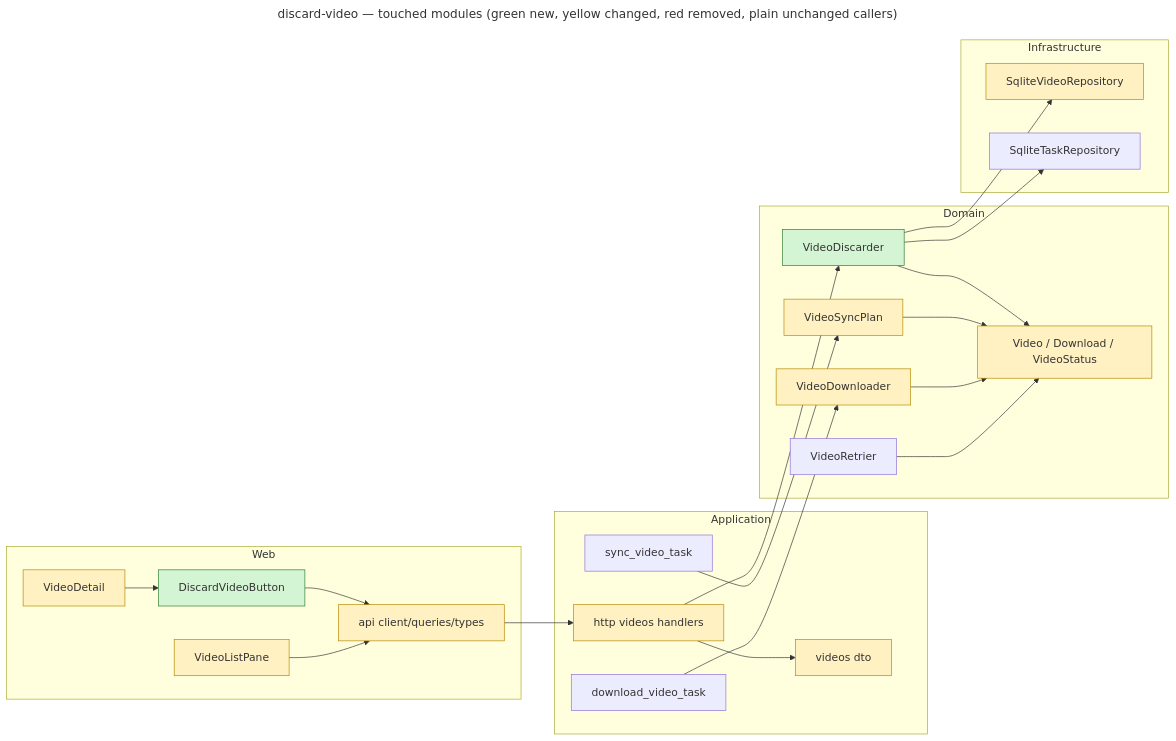
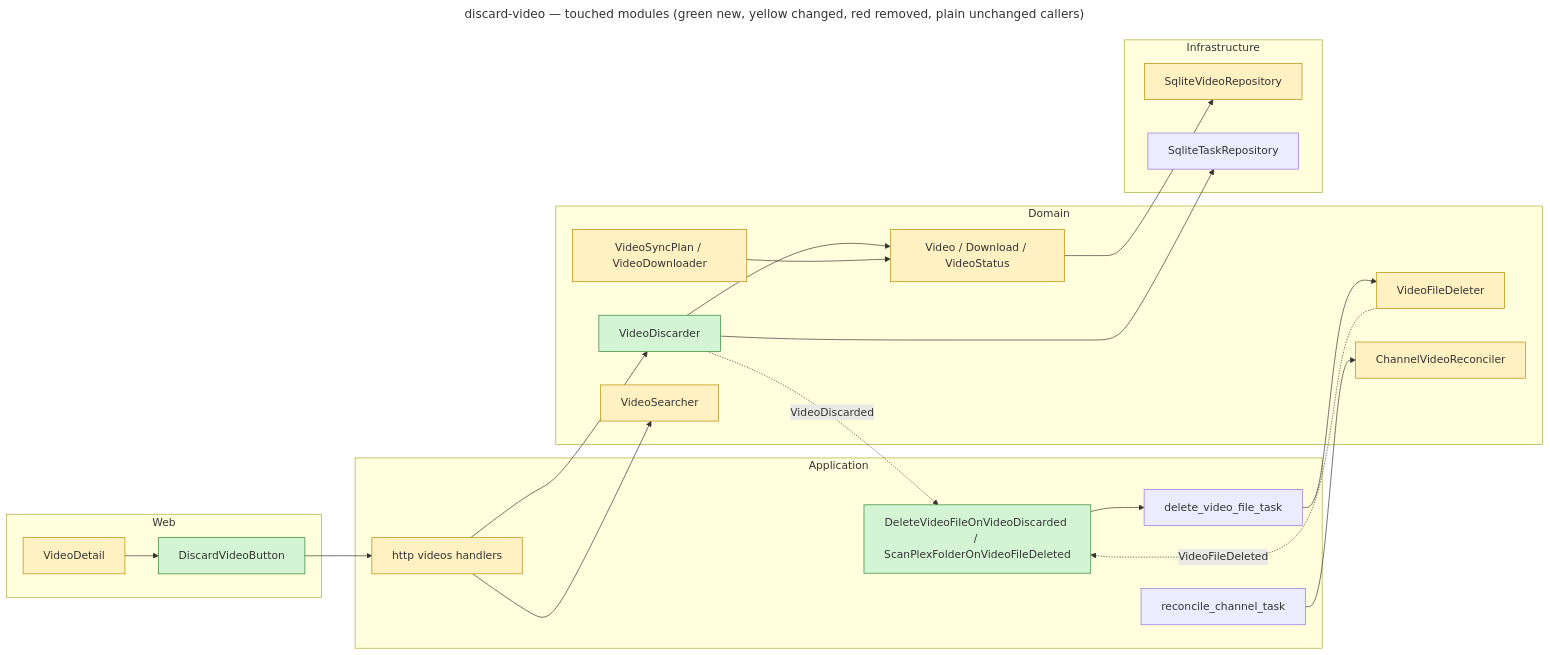
One commit to sergigp/yarrtube changed the diagram in openspec/changes/discard-video/proposal.md. Above: the diagram before and after it, drawn with Mermaid. The commit also changed other lines of this file and 7 other files, not shown here.

Commit message:
Revise discard-video: irreversible, downloaded videos, skipped videos outside channel limit

````diff
--- a/openspec/changes/discard-video/proposal.md
+++ b/openspec/changes/discard-video/proposal.md
@@ -34,41 +37,40 @@
 ```mermaid
 ---
 title: discard-video — touched modules (green new, yellow changed, red removed, plain unchanged callers)
 ---
 flowchart LR
   classDef new fill:#d4f5d4,stroke:#2e7d32
   classDef changed fill:#fff1c2,stroke:#b58900
   classDef removed fill:#f8d4d4,stroke:#c62828,stroke-dasharray:4
   subgraph Web
     VD[VideoDetail]:::changed
     DB[DiscardVideoButton]:::new
-    VLP[VideoListPane]:::changed
-    API[api client/queries/types]:::changed
   end
   subgraph Application
     H[http videos handlers]:::changed
-    DTO[videos dto]:::changed
-    SVT[sync_video_task]
-    DVT[download_video_task]
+    SUB[DeleteVideoFileOnVideoDiscarded / ScanPlexFolderOnVideoFileDeleted]:::new
+    DVF[delete_video_file_task]
+    RCT[reconcile_channel_task]
   end
   subgraph Domain
     VDS[VideoDiscarder]:::new
     V[Video / Download / VideoStatus]:::changed
-    VSP[VideoSyncPlan]:::changed
-    VDL[VideoDownloader]:::changed
-    VR[VideoRetrier]
+    VSP[VideoSyncPlan / VideoDownloader]:::changed
+    VFD[VideoFileDeleter]:::changed
+    VS[VideoSearcher]:::changed
+    CVR[ChannelVideoReconciler]:::changed
   end
   subgraph Infrastructure
     SVR[SqliteVideoRepository]:::changed
     TR[SqliteTaskRepository]
   end
-  VD --> DB --> API --> H --> VDS
-  VLP --> API
-  H --> DTO
-  VDS --> V
+  VD --> DB --> H --> VDS --> V
   VDS --> TR
-  VDS --> SVR
-  SVT --> VSP --> V
-  DVT --> VDL --> V
-  VR --> V
+  VDS -. VideoDiscarded .-> SUB
+  SUB --> DVF --> VFD
+  VFD -. VideoFileDeleted .-> SUB
+  RCT --> CVR
+  H --> VS
+  V --> SVR
+  VSP --> V
 ```
````
